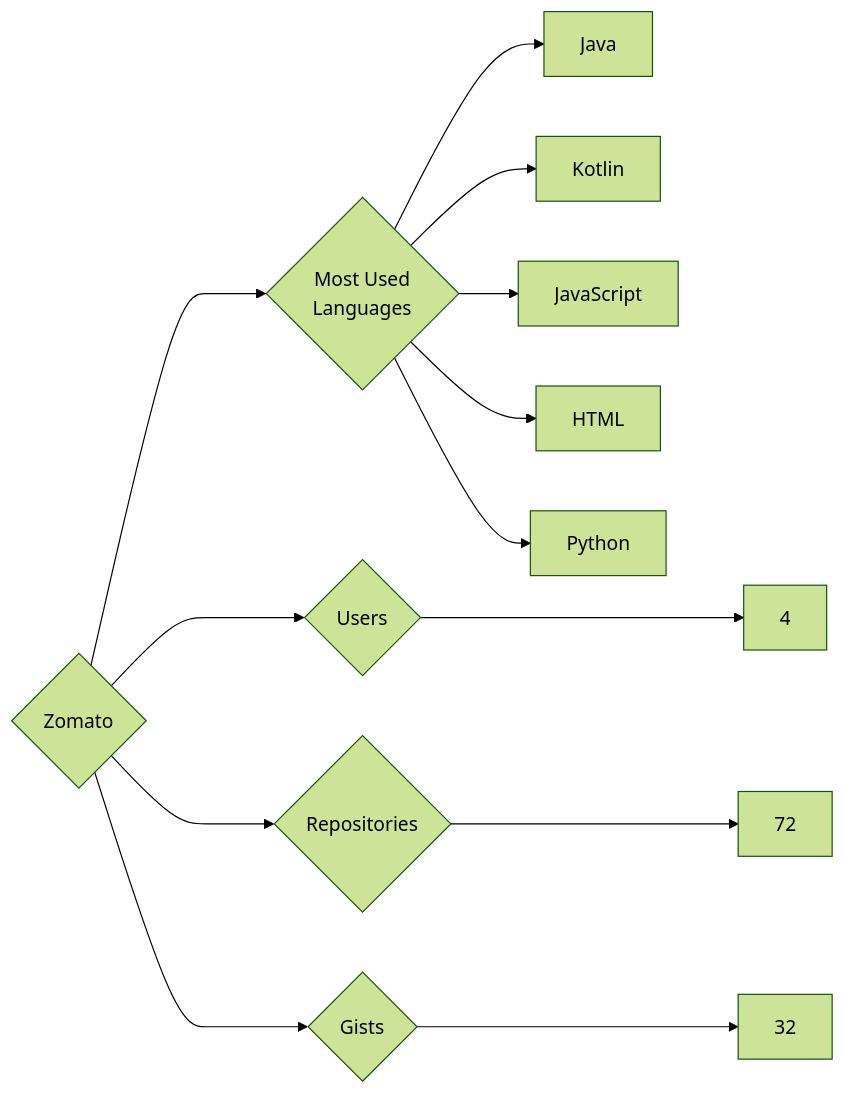
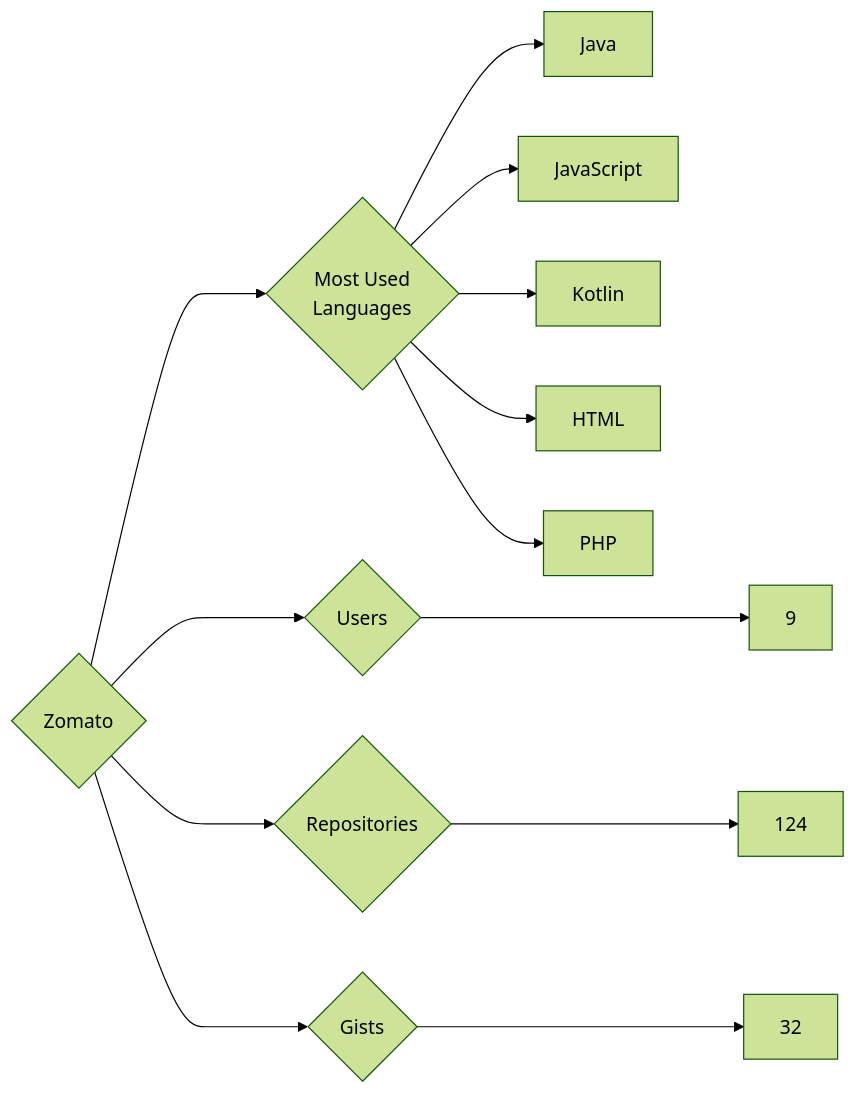
Before and after one commit to trickest/insiders: the diagram in targets/Zomato/README.md, drawn with Mermaid (forest theme). The commit also changed 912 other files, not shown here.

````diff
--- a/targets/Zomato/README.md
+++ b/targets/Zomato/README.md
@@ -3,13 +3,13 @@
 ```mermaid
 graph LR
 COMPANY_NAME{Zomato}
-COMPANY_NAME ---> U{Users} ---> UN[4]
-COMPANY_NAME ---> R{Repositories} ---> RN[72]
+COMPANY_NAME ---> U{Users} ---> UN[9]
+COMPANY_NAME ---> R{Repositories} ---> RN[124]
 COMPANY_NAME ---> G{Gists} ---> GN[32]
 COMPANY_NAME ---> ML{Most Used<br>Languages}
 ML --> Java[Java]
+ML --> JavaScript[JavaScript]
 ML --> Kotlin[Kotlin]
-ML --> JavaScript[JavaScript]
 ML --> HTML[HTML]
-ML --> Python[Python]
+ML --> PHP[PHP]
 ```
````
